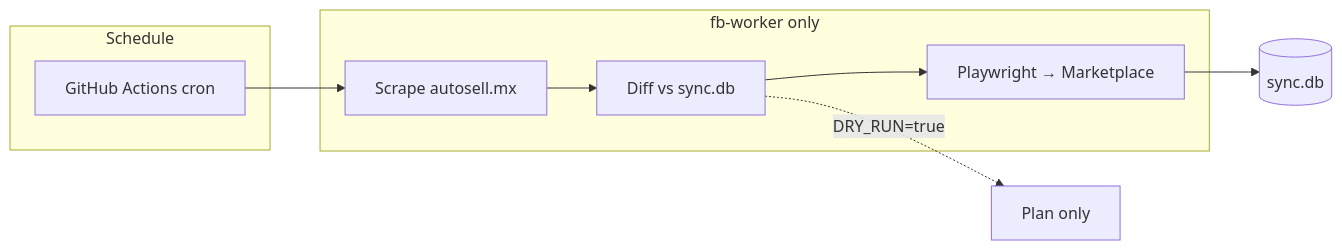
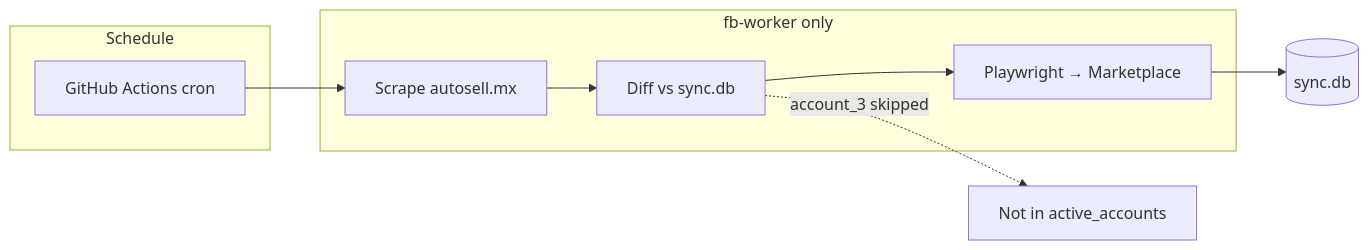
The first of 2 diagrams in README.md (mg22mex/auto-upload), drawn with Mermaid before and after one commit. The commit also changed other lines of this file and 2 other files, not shown here.

First line of the commit message:
Update docs for live sync on account_1 and account_2.

````diff
--- a/README.md
+++ b/README.md
@@ -22,14 +23,14 @@
 ```mermaid
 flowchart LR
     subgraph Schedule
         GH[GitHub Actions cron]
     end
     subgraph Worker["fb-worker only"]
         SC[Scrape autosell.mx]
         DF[Diff vs sync.db]
         FB[Playwright → Marketplace]
     end
     GH --> SC --> DF --> FB
-    DF -.->|DRY_RUN=true| LOG[Plan only]
+    DF -.->|account_3 skipped| SKIP[Not in active_accounts]
     FB --> DB[(sync.db)]
 ```
````
